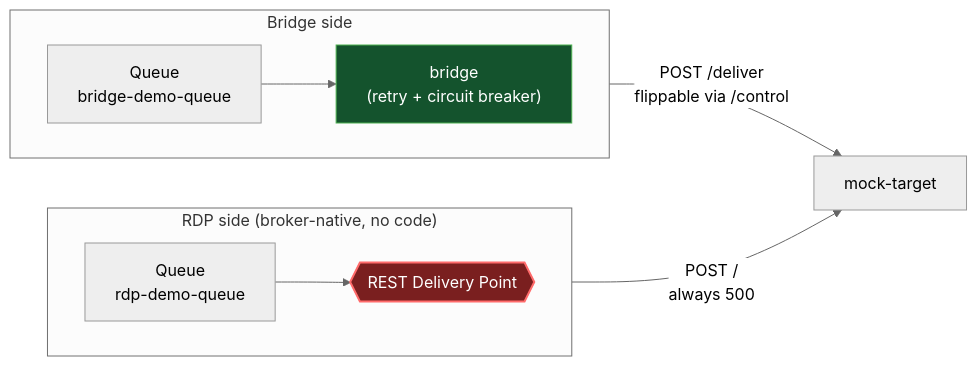
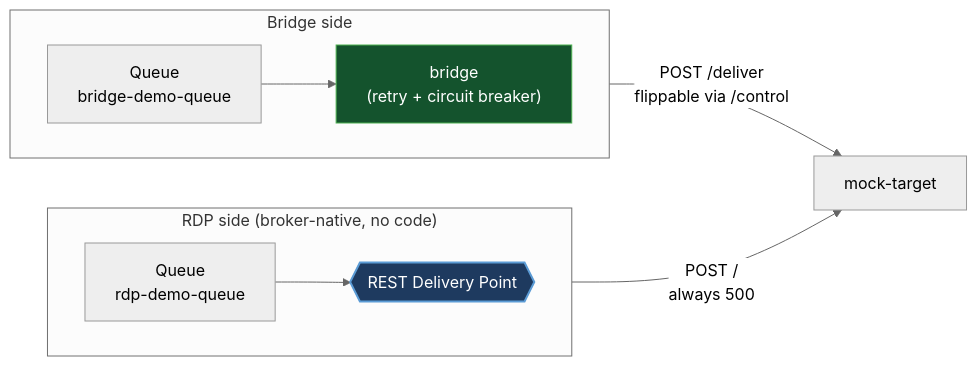
The diagram in samples/resilient-delivery/README.md (seyyatech/solace-rdp-bridge), drawn with Mermaid (neutral theme) before and after one commit. The commit also changed other lines of this file and 37 other files, not shown here.

````diff
--- a/samples/resilient-delivery/README.md
+++ b/samples/resilient-delivery/README.md
@@ -24,22 +23,22 @@
 ```mermaid
 flowchart LR
     subgraph RDP_SIDE["RDP side (broker-native, no code)"]
         direction LR
         RQ["Queue\nrdp-demo-queue"]
         RDP{{"REST Delivery Point"}}
         RQ --> RDP
     end
 
     subgraph BRIDGE_SIDE["Bridge side"]
         direction LR
         BQ["Queue\nbridge-demo-queue"]
         BRIDGE["bridge\n(retry + circuit breaker)"]
         BQ --> BRIDGE
     end
 
     RDP -->|"POST /\nalways 500"| MOCK["mock-target"]
     BRIDGE -->|"POST /deliver\nflippable via /control"| MOCK
 
-    style RDP fill:#7a1f1f,stroke:#ff6b6b,stroke-width:2px,color:#ffffff
+    style RDP fill:#1e3a5f,stroke:#5b9bd5,stroke-width:2px,color:#ffffff
     style BRIDGE fill:#14532d,stroke:#4caf50,color:#ffffff
 ```
````
